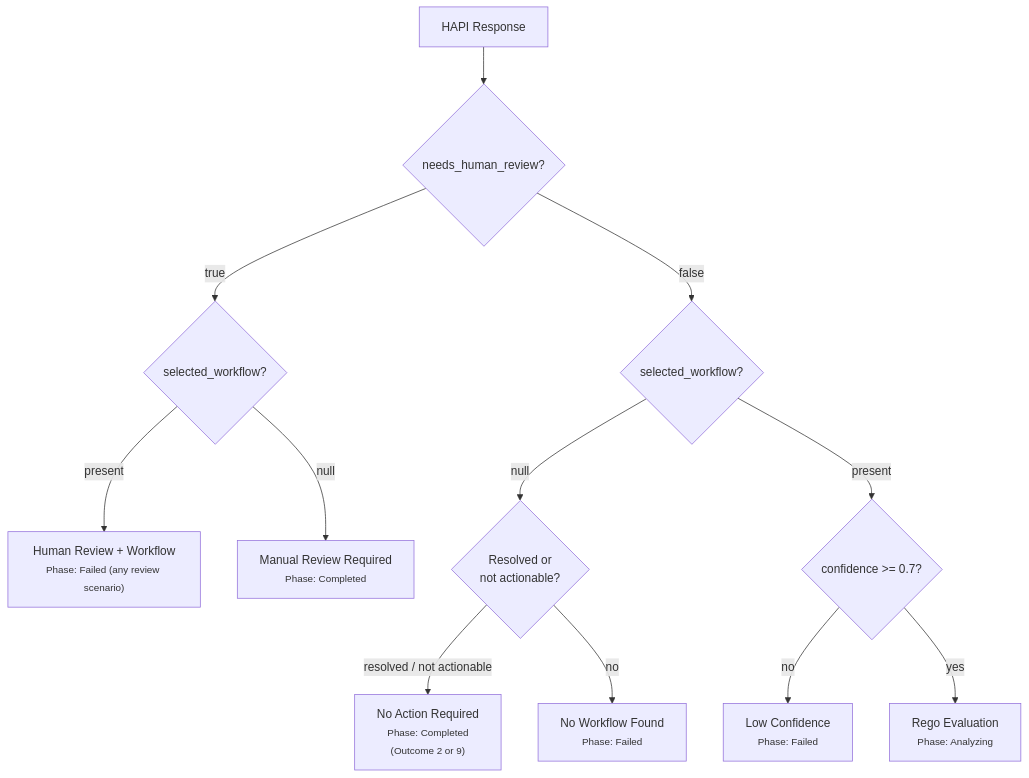
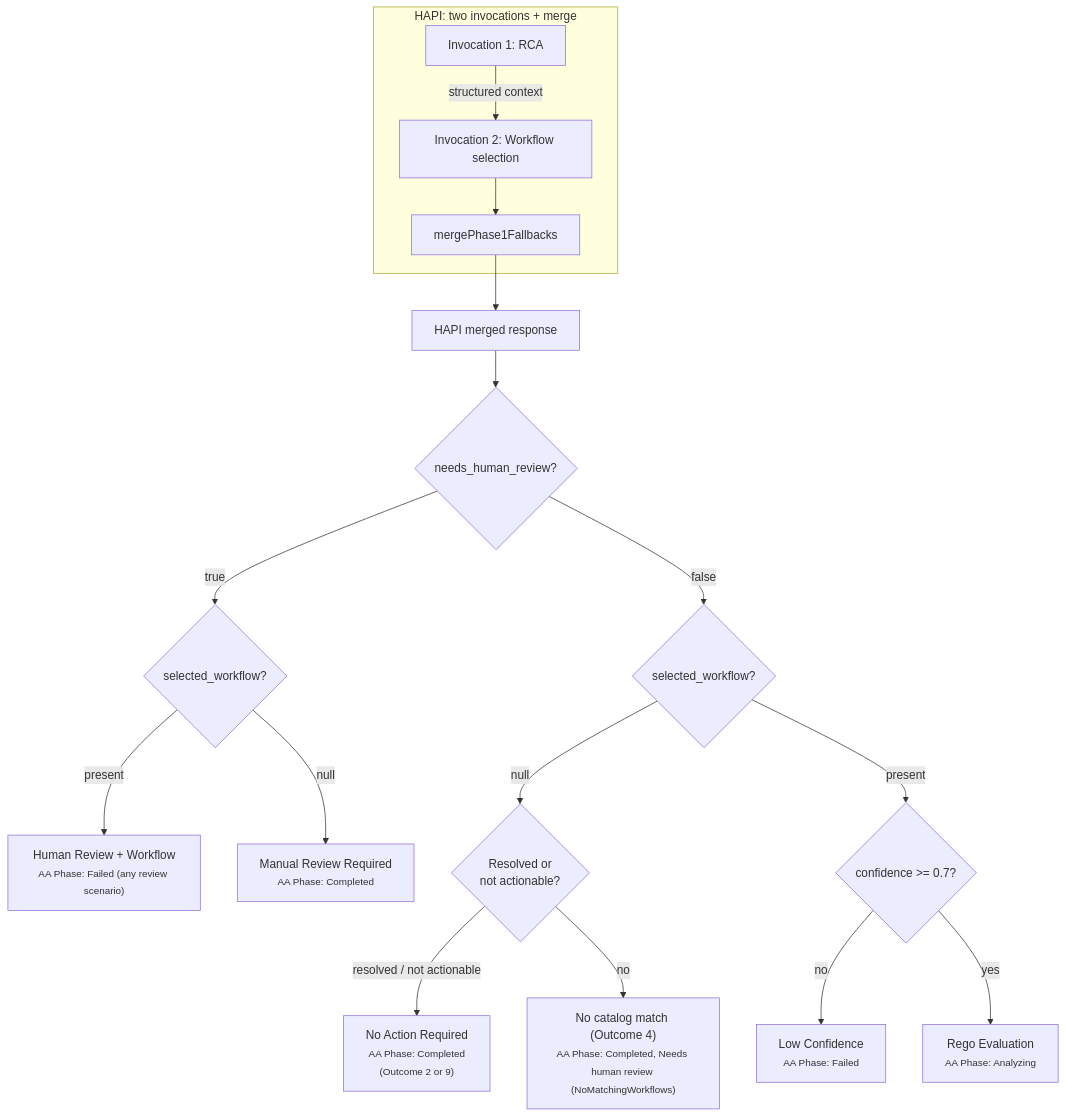
Before and after one commit to jordigilh/kubernaut-docs: the third of 3 diagrams in docs/architecture/hapi-investigation.md, drawn with Mermaid. The commit also changed other lines of this file and 2 other files, not shown here.

````diff
--- a/docs/architecture/hapi-investigation.md
+++ b/docs/architecture/hapi-investigation.md
@@ -433,14 +476,19 @@
 ```mermaid
 flowchart TD
-    HAPI["HAPI Response"] --> NHR{"needs_human_review?"}
+    subgraph hapi2["HAPI: two invocations + merge"]
+    I1["Invocation 1: RCA"] -->|structured context| I2["Invocation 2: Workflow selection"]
+    I2 --> MERGE["mergePhase1Fallbacks"]
+    end
+    MERGE --> HAPI["HAPI merged response"]
+    HAPI --> NHR{"needs_human_review?"}
     NHR -->|true| HasWFReview{"selected_workflow?"}
-    HasWFReview -->|present| HRFailed["Human Review + Workflow<br/><small>Phase: Failed (any review scenario)</small>"]
-    HasWFReview -->|null| HRCompleted["Manual Review Required<br/><small>Phase: Completed</small>"]
+    HasWFReview -->|present| HRFailed["Human Review + Workflow<br/><small>AA Phase: Failed (any review scenario)</small>"]
+    HasWFReview -->|null| HRCompleted["Manual Review Required<br/><small>AA Phase: Completed</small>"]
     NHR -->|false| HasWF{"selected_workflow?"}
     HasWF -->|null| Resolved{"Resolved or<br/>not actionable?"}
     HasWF -->|present| Confidence{"confidence >= 0.7?"}
-    Resolved -->|"resolved / not actionable"| NoAction["No Action Required<br/><small>Phase: Completed<br/>(Outcome 2 or 9)</small>"]
-    Resolved -->|no| NoWFFailure["No Workflow Found<br/><small>Phase: Failed</small>"]
-    Confidence -->|no| LowConf["Low Confidence<br/><small>Phase: Failed</small>"]
-    Confidence -->|yes| Rego["Rego Evaluation<br/><small>Phase: Analyzing</small>"]
+    Resolved -->|"resolved / not actionable"| NoAction["No Action Required<br/><small>AA Phase: Completed<br/>(Outcome 2 or 9)</small>"]
+    Resolved -->|no| NoMatch["No catalog match (Outcome 4)<br/><small>AA Phase: Completed, Needs human review (NoMatchingWorkflows)</small>"]
+    Confidence -->|no| LowConf["Low Confidence<br/><small>AA Phase: Failed</small>"]
+    Confidence -->|yes| Rego["Rego Evaluation<br/><small>AA Phase: Analyzing</small>"]
 ```
````
